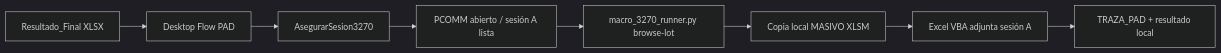
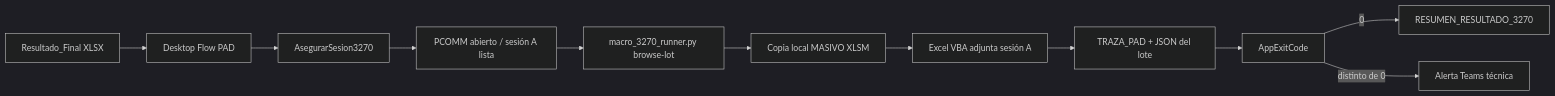
Before and after one commit to eduardo202020/auto-tasacion: the diagram in docs/operacion/ejecucion-macro-3270-pad-2026-10-14.md, drawn with Mermaid (dark theme). The commit also changed other lines of this file and 10 other files, not shown here.

Commit message:
docs: record PAD result summary control flow

````diff
--- a/docs/operacion/ejecucion-macro-3270-pad-2026-10-14.md
+++ b/docs/operacion/ejecucion-macro-3270-pad-2026-10-14.md
@@ -13,10 +13,13 @@
 ```mermaid
 flowchart LR
     A[Resultado_Final XLSX] --> B[Desktop Flow PAD]
     B --> C[AsegurarSesion3270]
     C --> D[PCOMM abierto / sesión A lista]
     D --> E[macro_3270_runner.py browse-lot]
     E --> F[Copia local MASIVO XLSM]
     F --> G[Excel VBA adjunta sesión A]
-    G --> H[TRAZA_PAD + resultado local]
+    G --> H[TRAZA_PAD + JSON del lote]
+    H --> I[AppExitCode]
+    I -->|0| J[RESUMEN_RESULTADO_3270]
+    I -->|distinto de 0| K[Alerta Teams técnica]
 ```
````
